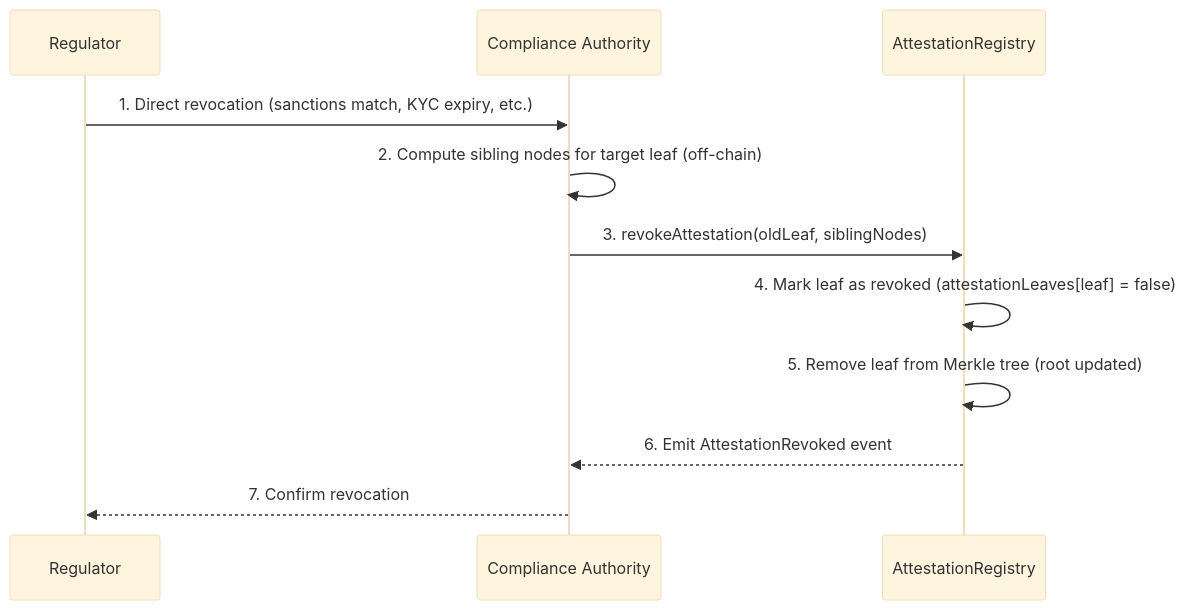
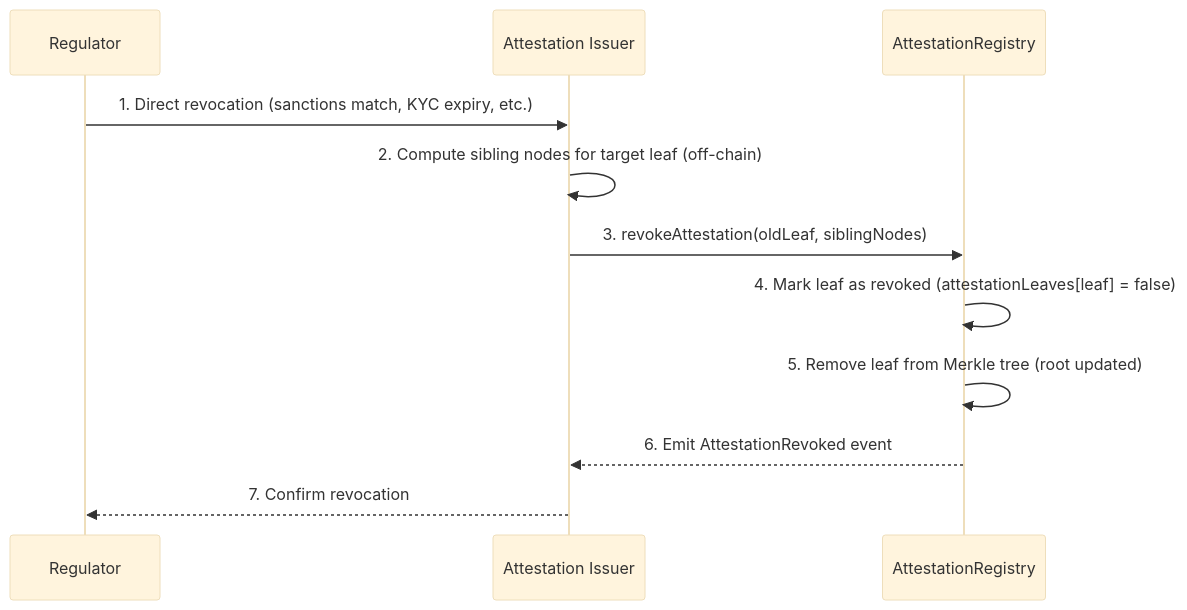
One commit to ethereum/iptf-pocs changed the second of 6 diagrams in pocs/private-payment/plasma/SPEC.md. Above: the diagram before and after it, drawn with Mermaid (base theme). The commit also changed other lines of this file, not shown here.

````diff
--- a/pocs/private-payment/plasma/SPEC.md
+++ b/pocs/private-payment/plasma/SPEC.md
@@ -249,14 +255,14 @@
 ```mermaid
 sequenceDiagram
     participant R as Regulator
-    participant CA as Compliance Authority
+    participant CA as Attestation Issuer
     participant AR as AttestationRegistry
 
     R->>CA: 1. Direct revocation (sanctions match, KYC expiry, etc.)
     CA->>CA: 2. Compute sibling nodes for target leaf (off-chain)
     CA->>AR: 3. revokeAttestation(oldLeaf, siblingNodes)
     AR->>AR: 4. Mark leaf as revoked (attestationLeaves[leaf] = false)
     AR->>AR: 5. Remove leaf from Merkle tree (root updated)
     AR-->>CA: 6. Emit AttestationRevoked event
     CA-->>R: 7. Confirm revocation
 ```
````
